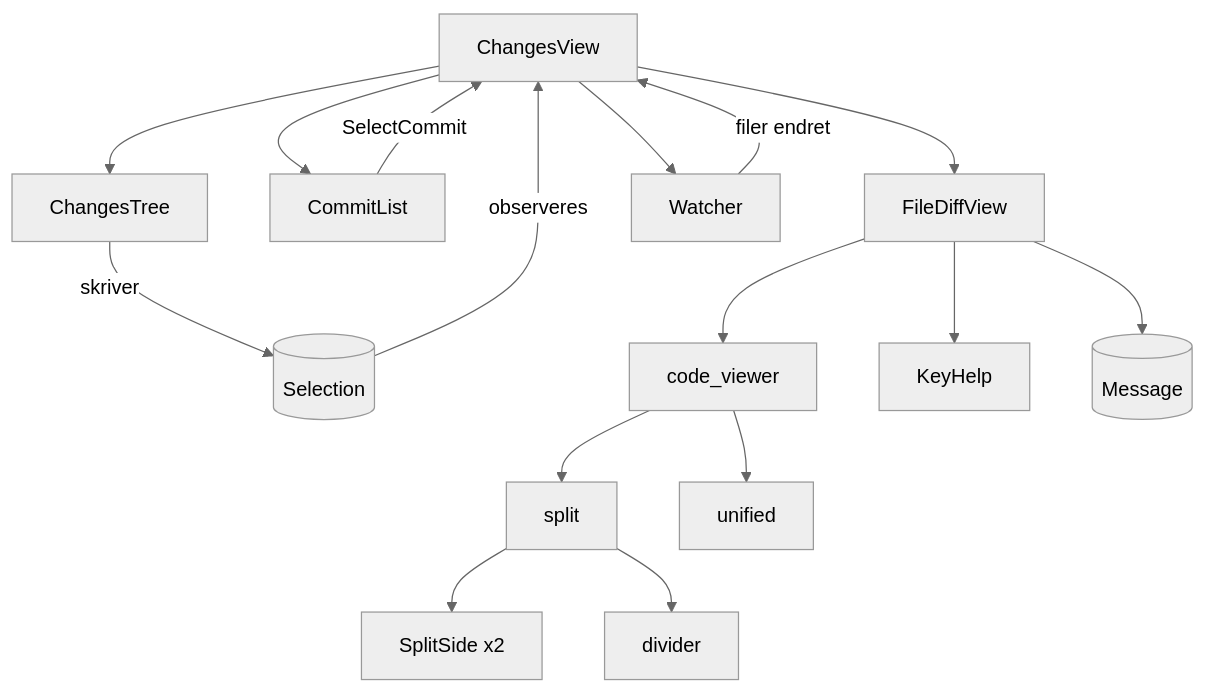
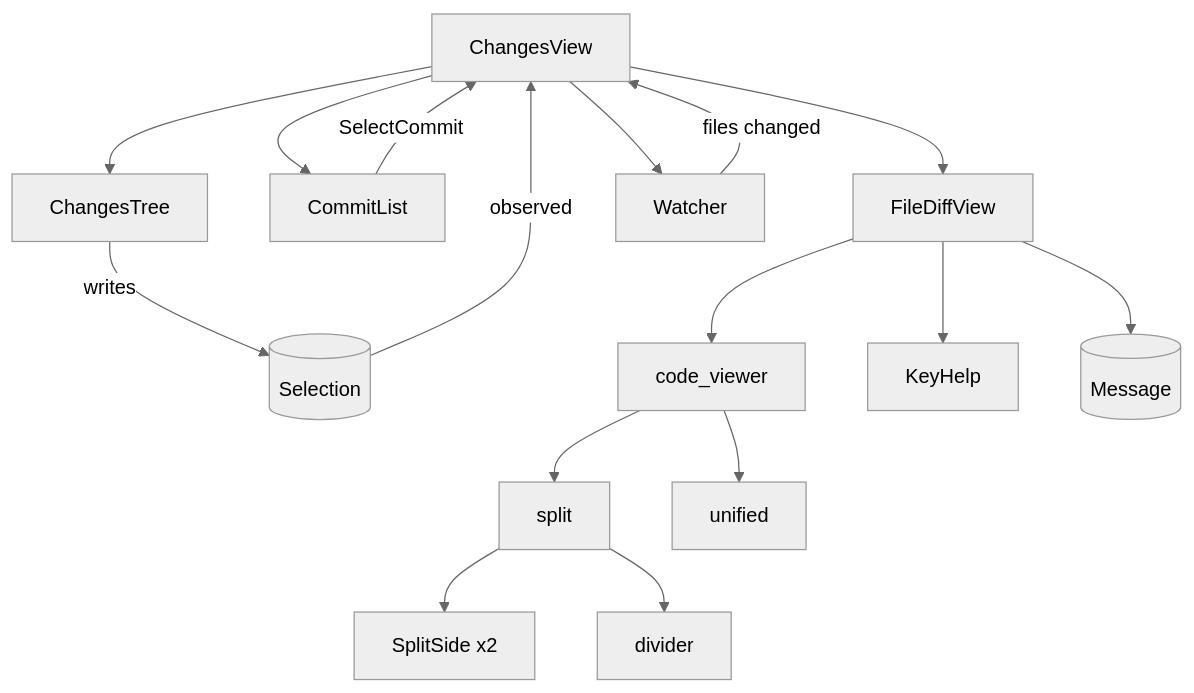
The diagram in crates/jetdiff-ui/README.md (akemkers/jetdiff), drawn with Mermaid (neutral theme) before and after one commit. The commit also changed other lines of this file and 15 other files, not shown here.

````diff
--- a/crates/jetdiff-ui/README.md
+++ b/crates/jetdiff-ui/README.md
@@ -38,18 +38,18 @@
 ```mermaid
 graph TD
     cv[ChangesView] --> tree[ChangesTree]
     cv --> commits[CommitList]
     cv --> fdv[FileDiffView]
     cv --> watcher[Watcher]
-    tree -- skriver --> sel[(Selection)]
-    sel -- observeres --> cv
+    tree -- writes --> sel[(Selection)]
+    sel -- observed --> cv
     commits -- SelectCommit --> cv
-    watcher -- filer endret --> cv
+    watcher -- files changed --> cv
     fdv --> viewer[code_viewer]
     viewer --> split[split]
     viewer --> unified[unified]
     split --> side[SplitSide x2]
     split --> div[divider]
     fdv --> help[KeyHelp]
     fdv --> msg[(Message)]
 ```
````
